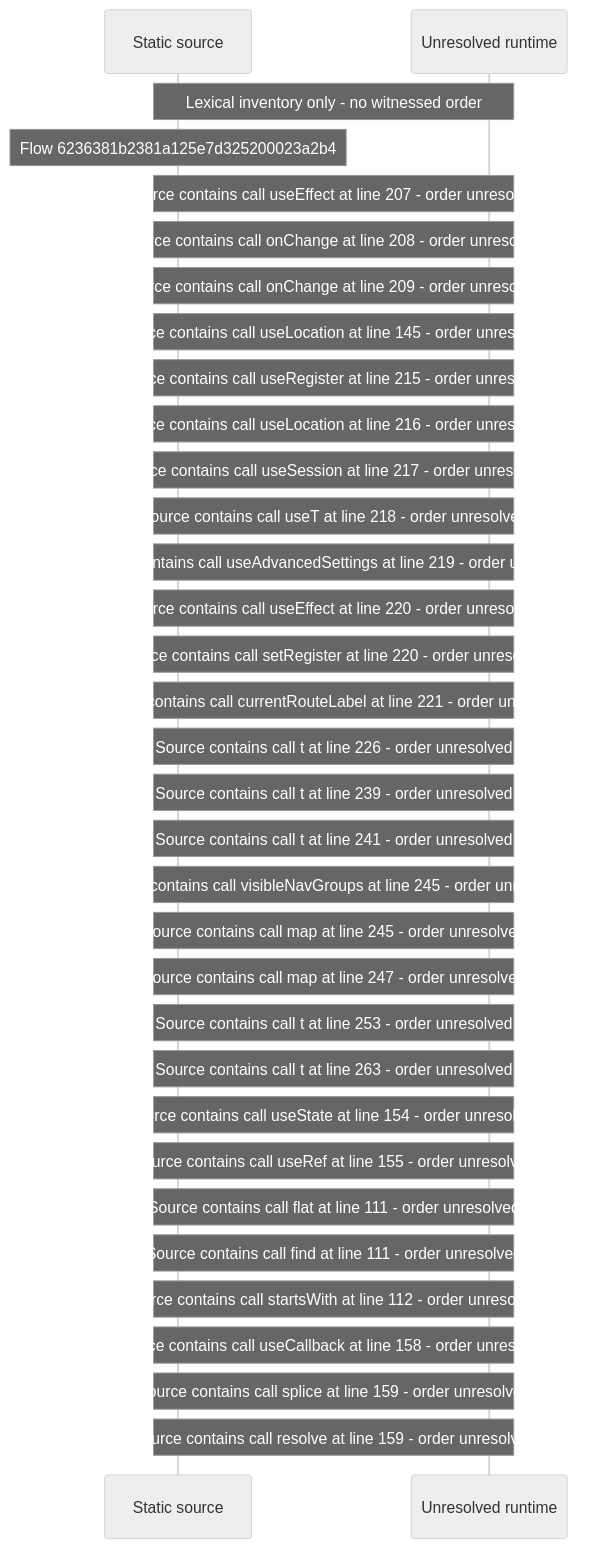
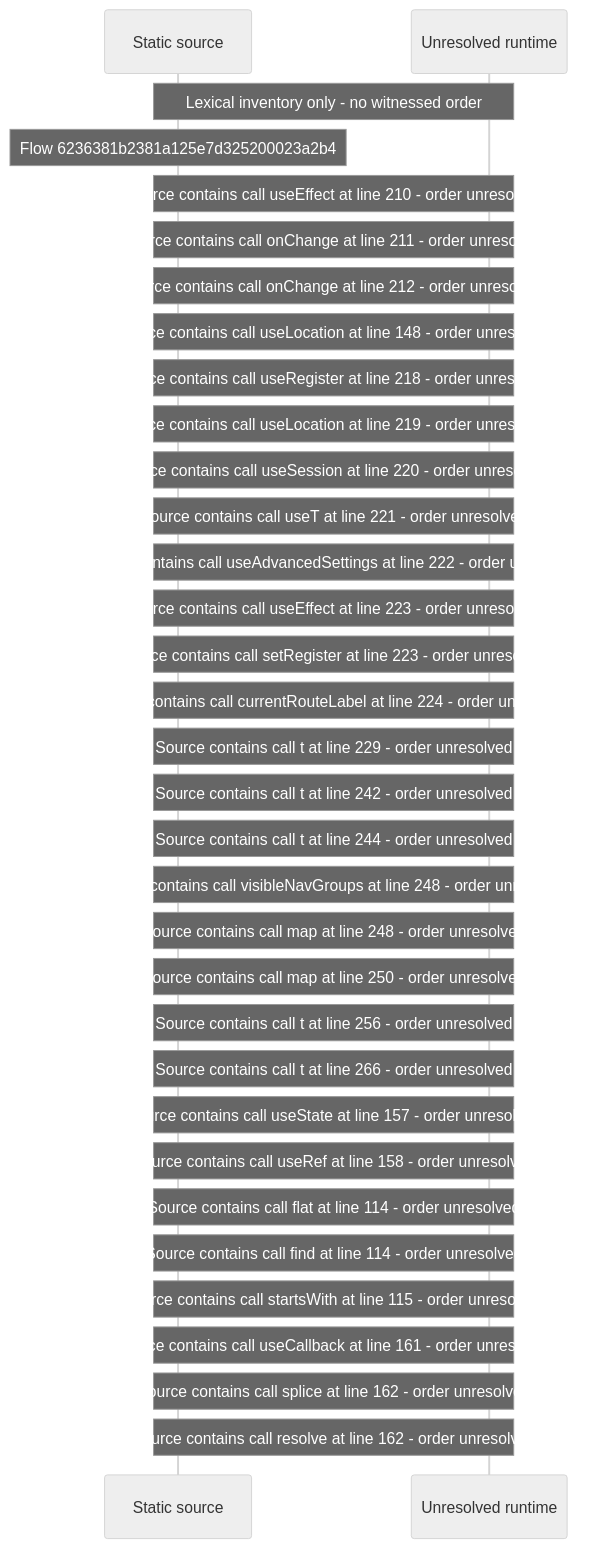
Before and after one commit to beamfall/core: the diagram in docs/web/flows/generated/6236381b2381a125e7d325200023a2b4/flow-diagram.md, drawn with Mermaid (neutral theme). The commit also changed other lines of this file and 714 other files, not shown here.

Commit message:
Regenerate the web flow record on the batch 5 head (CORE-1762)

````diff
--- a/docs/web/flows/generated/6236381b2381a125e7d325200023a2b4/flow-diagram.md
+++ b/docs/web/flows/generated/6236381b2381a125e7d325200023a2b4/flow-diagram.md
@@ -10,35 +10,35 @@
 ```mermaid
 sequenceDiagram
     participant S as Static source
     participant U as Unresolved runtime
     Note over S,U: Lexical inventory only - no witnessed order
     Note over S: Flow 6236381b2381a125e7d325200023a2b4
-    Note over S,U: Source contains call useEffect at line 207 - order unresolved
-    Note over S,U: Source contains call onChange at line 208 - order unresolved
-    Note over S,U: Source contains call onChange at line 209 - order unresolved
-    Note over S,U: Source contains call useLocation at line 145 - order unresolved
-    Note over S,U: Source contains call useRegister at line 215 - order unresolved
-    Note over S,U: Source contains call useLocation at line 216 - order unresolved
-    Note over S,U: Source contains call useSession at line 217 - order unresolved
-    Note over S,U: Source contains call useT at line 218 - order unresolved
-    Note over S,U: Source contains call useAdvancedSettings at line 219 - order unresolved
-    Note over S,U: Source contains call useEffect at line 220 - order unresolved
-    Note over S,U: Source contains call setRegister at line 220 - order unresolved
-    Note over S,U: Source contains call currentRouteLabel at line 221 - order unresolved
-    Note over S,U: Source contains call t at line 226 - order unresolved
-    Note over S,U: Source contains call t at line 239 - order unresolved
-    Note over S,U: Source contains call t at line 241 - order unresolved
-    Note over S,U: Source contains call visibleNavGroups at line 245 - order unresolved
-    Note over S,U: Source contains call map at line 245 - order unresolved
-    Note over S,U: Source contains call map at line 247 - order unresolved
-    Note over S,U: Source contains call t at line 253 - order unresolved
-    Note over S,U: Source contains call t at line 263 - order unresolved
-    Note over S,U: Source contains call useState at line 154 - order unresolved
-    Note over S,U: Source contains call useRef at line 155 - order unresolved
-    Note over S,U: Source contains call flat at line 111 - order unresolved
-    Note over S,U: Source contains call find at line 111 - order unresolved
-    Note over S,U: Source contains call startsWith at line 112 - order unresolved
-    Note over S,U: Source contains call useCallback at line 158 - order unresolved
-    Note over S,U: Source contains call splice at line 159 - order unresolved
-    Note over S,U: Source contains call resolve at line 159 - order unresolved
+    Note over S,U: Source contains call useEffect at line 210 - order unresolved
+    Note over S,U: Source contains call onChange at line 211 - order unresolved
+    Note over S,U: Source contains call onChange at line 212 - order unresolved
+    Note over S,U: Source contains call useLocation at line 148 - order unresolved
+    Note over S,U: Source contains call useRegister at line 218 - order unresolved
+    Note over S,U: Source contains call useLocation at line 219 - order unresolved
+    Note over S,U: Source contains call useSession at line 220 - order unresolved
+    Note over S,U: Source contains call useT at line 221 - order unresolved
+    Note over S,U: Source contains call useAdvancedSettings at line 222 - order unresolved
+    Note over S,U: Source contains call useEffect at line 223 - order unresolved
+    Note over S,U: Source contains call setRegister at line 223 - order unresolved
+    Note over S,U: Source contains call currentRouteLabel at line 224 - order unresolved
+    Note over S,U: Source contains call t at line 229 - order unresolved
+    Note over S,U: Source contains call t at line 242 - order unresolved
+    Note over S,U: Source contains call t at line 244 - order unresolved
+    Note over S,U: Source contains call visibleNavGroups at line 248 - order unresolved
+    Note over S,U: Source contains call map at line 248 - order unresolved
+    Note over S,U: Source contains call map at line 250 - order unresolved
+    Note over S,U: Source contains call t at line 256 - order unresolved
+    Note over S,U: Source contains call t at line 266 - order unresolved
+    Note over S,U: Source contains call useState at line 157 - order unresolved
+    Note over S,U: Source contains call useRef at line 158 - order unresolved
+    Note over S,U: Source contains call flat at line 114 - order unresolved
+    Note over S,U: Source contains call find at line 114 - order unresolved
+    Note over S,U: Source contains call startsWith at line 115 - order unresolved
+    Note over S,U: Source contains call useCallback at line 161 - order unresolved
+    Note over S,U: Source contains call splice at line 162 - order unresolved
+    Note over S,U: Source contains call resolve at line 162 - order unresolved
 ```
````
